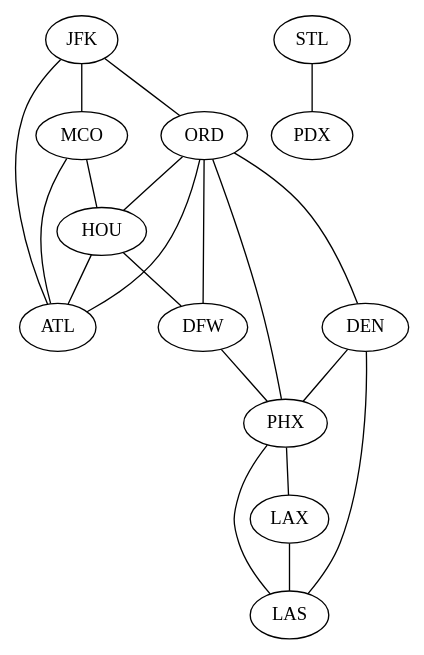
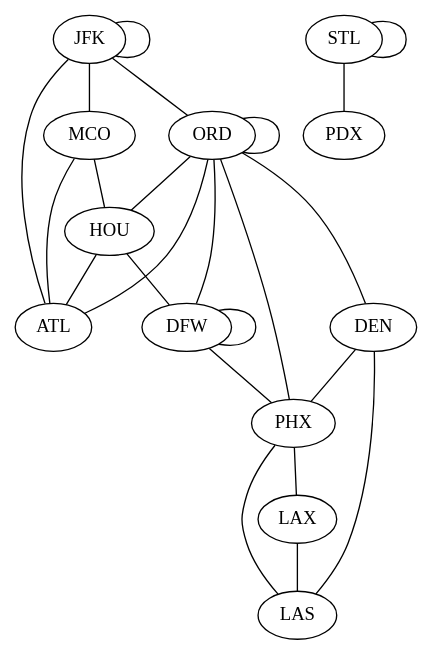
Before and after one commit to kuma-chang/accelerated_cs: the diagram in winter_2020/cs320/lab6/03X/routes.dot, drawn with Graphviz. The commit also changed 42 other files, not shown here.

```diff
--- a/winter_2020/cs320/lab6/03X/routes.dot
+++ b/winter_2020/cs320/lab6/03X/routes.dot
@@ -1,21 +1,25 @@
 graph routes {
+"JFK" -- "JFK"
 "JFK" -- "MCO"
 "JFK" -- "ATL"
 "JFK" -- "ORD"
 "MCO" -- "ATL"
 "MCO" -- "HOU"
+"ORD" -- "ORD"
 "ORD" -- "DEN"
 "ORD" -- "HOU"
 "ORD" -- "DFW"
 "ORD" -- "PHX"
 "ORD" -- "ATL"
 "DEN" -- "PHX"
 "DEN" -- "LAS"
 "HOU" -- "ATL"
 "HOU" -- "DFW"
+"DFW" -- "DFW"
 "DFW" -- "PHX"
 "PHX" -- "LAX"
 "PHX" -- "LAS"
 "LAX" -- "LAS"
+"STL" -- "STL"
 "STL" -- "PDX"
 }
```
